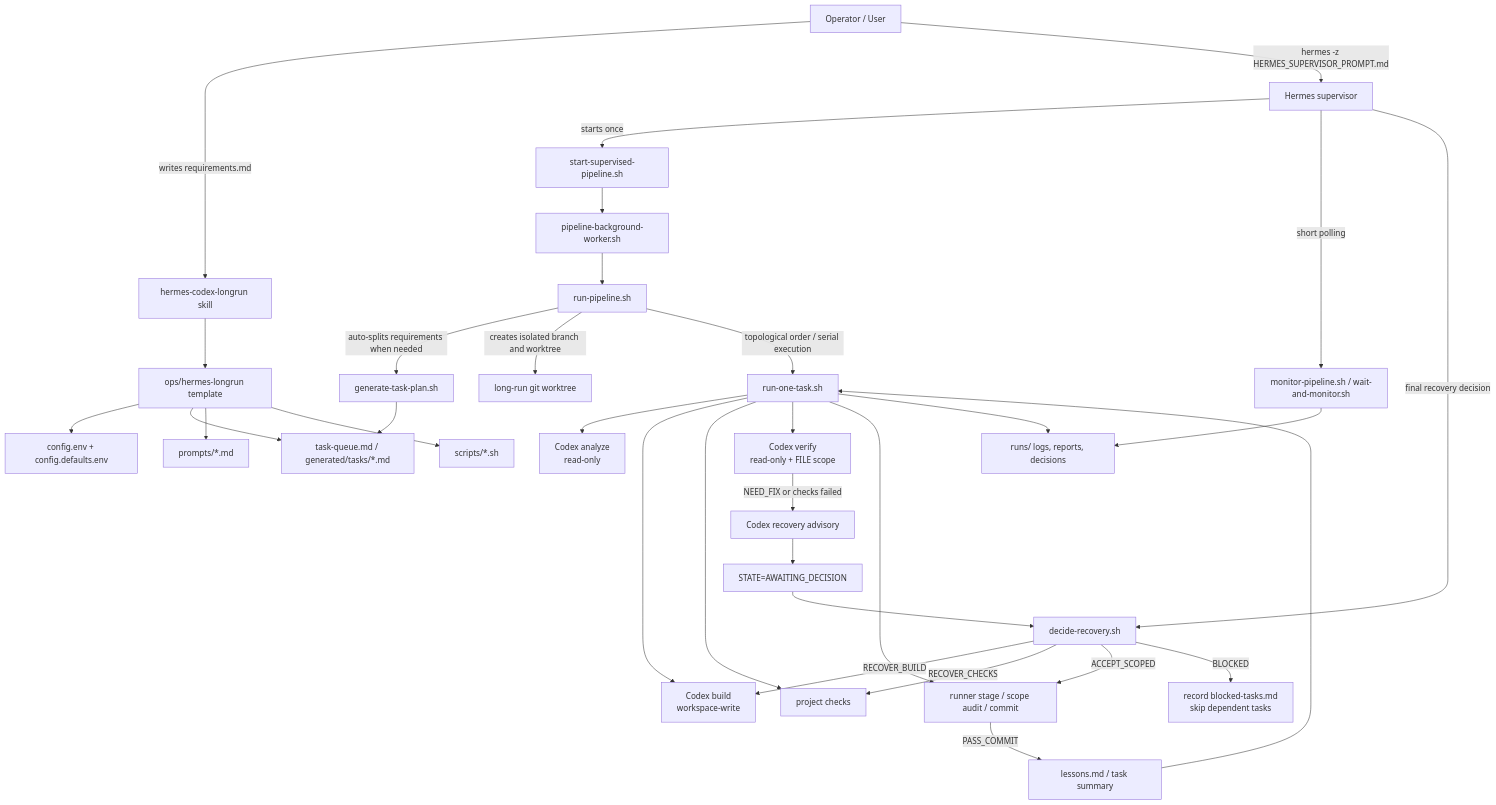
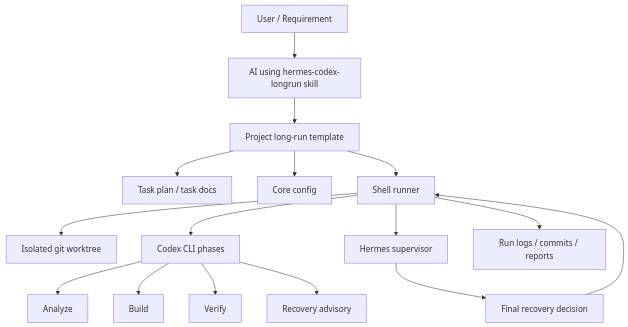
One commit to Devil-MayCry/codex-orchestrator changed the first of 2 diagrams in README.md. Above: the diagram before and after it, drawn with Mermaid. The commit also changed other lines of this file, not shown here.

````diff
--- a/README.md
+++ b/README.md
@@ -106,39 +49,20 @@
 ```mermaid
 flowchart TD
-    Operator["Operator / User"] -->|writes requirements.md| Skill["hermes-codex-longrun skill"]
-    Skill --> Template["ops/hermes-longrun template"]
-    Template --> Config["config.env + config.defaults.env"]
-    Template --> Queue["task-queue.md / generated/tasks/*.md"]
-    Template --> Prompts["prompts/*.md"]
-    Template --> Scripts["scripts/*.sh"]
+    User["User / Requirement"] --> AI["AI using hermes-codex-longrun skill"]
+    AI --> Template["Project long-run template"]
+    Template --> Queue["Task plan / task docs"]
+    Template --> Config["Core config"]
+    Template --> Runner["Shell runner"]
 
-    Operator -->|hermes -z HERMES_SUPERVISOR_PROMPT.md| Hermes["Hermes supervisor"]
-    Hermes -->|starts once| Start["start-supervised-pipeline.sh"]
-    Hermes -->|short polling| Monitor["monitor-pipeline.sh / wait-and-monitor.sh"]
-    Hermes -->|final recovery decision| Decide["decide-recovery.sh"]
+    Runner --> Worktree["Isolated git worktree"]
+    Runner --> Codex["Codex CLI phases"]
+    Codex --> Analyze["Analyze"]
+    Codex --> Build["Build"]
+    Codex --> Verify["Verify"]
+    Codex --> Advisory["Recovery advisory"]
 
-    Start --> Runner["pipeline-background-worker.sh"]
-    Runner --> Pipeline["run-pipeline.sh"]
-    Pipeline -->|auto-splits requirements when needed| Planner["generate-task-plan.sh"]
-    Planner --> Queue
-    Pipeline -->|creates isolated branch and worktree| Worktree["long-run git worktree"]
-    Pipeline -->|topological order / serial execution| TaskLoop["run-one-task.sh"]
-
-    TaskLoop --> Analyze["Codex analyze<br/>read-only"]
-    TaskLoop --> Build["Codex build<br/>workspace-write"]
-    TaskLoop --> Checks["project checks"]
-    TaskLoop --> Verify["Codex verify<br/>read-only + FILE scope"]
-    TaskLoop --> CommitGate["runner stage / scope audit / commit"]
-    Verify -->|NEED_FIX or checks failed| Advisory["Codex recovery advisory"]
-    Advisory --> Awaiting["STATE=AWAITING_DECISION"]
-    Awaiting --> Decide
-    Decide -->|RECOVER_BUILD| Build
-    Decide -->|RECOVER_CHECKS| Checks
-    Decide -->|ACCEPT_SCOPED| CommitGate
-    Decide -->|BLOCKED| Blocked["record blocked-tasks.md<br/>skip dependent tasks"]
-
-    CommitGate -->|PASS_COMMIT| Lessons["lessons.md / task summary"]
-    Lessons --> TaskLoop
-    TaskLoop --> Logs["runs/<run-id> logs, reports, decisions"]
-    Monitor --> Logs
+    Runner --> Hermes["Hermes supervisor"]
+    Hermes --> Decision["Final recovery decision"]
+    Decision --> Runner
+    Runner --> Logs["Run logs / commits / reports"]
 ```
````
